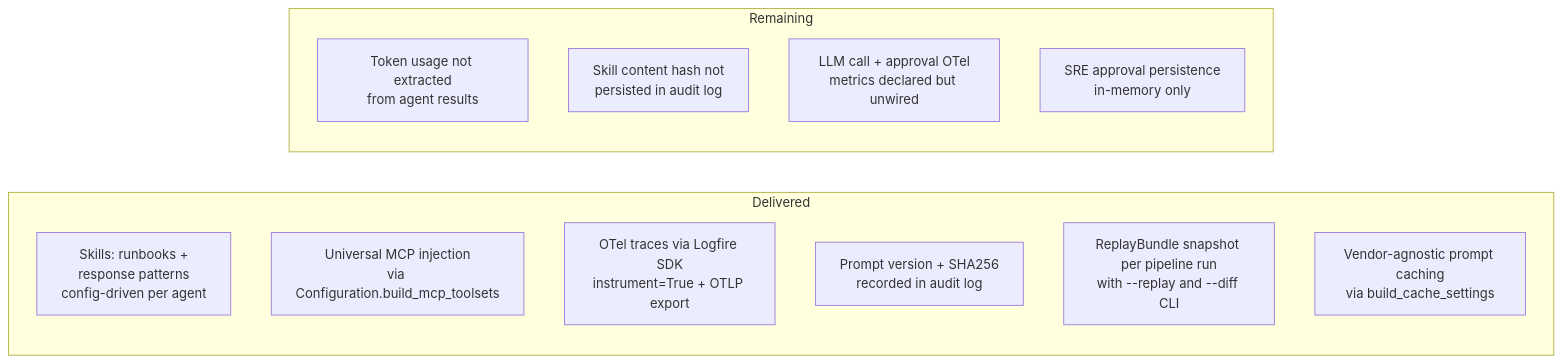
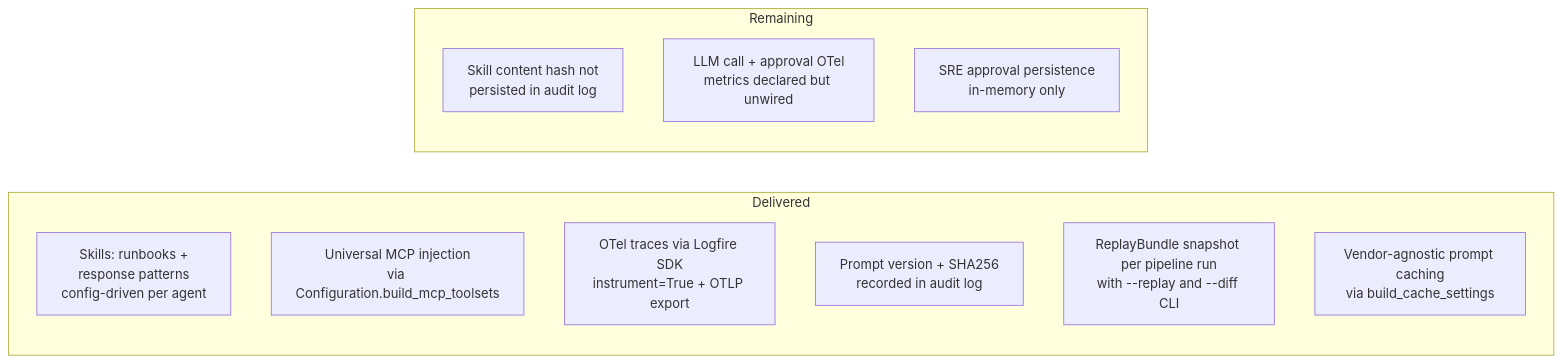
One commit to offtian/sentinel changed the diagram in docs/architecture.md. Above: the diagram before and after it, drawn with Mermaid. The commit also changed other lines of this file and 6 other files, not shown here.

````diff
--- a/docs/architecture.md
+++ b/docs/architecture.md
@@ -175,17 +175,16 @@
 ```mermaid
 flowchart LR
     subgraph Delivered
       B1[Skills: runbooks +<br/>response patterns<br/>config-driven per agent]
       B2[Universal MCP injection<br/>via Configuration.build_mcp_toolsets]
       B3[OTel traces via Logfire SDK<br/>instrument=True + OTLP export]
       B4[Prompt version + SHA256<br/>recorded in audit log]
       B5[ReplayBundle snapshot per pipeline run<br/>with --replay and --diff CLI]
       B6[Vendor-agnostic prompt caching<br/>via build_cache_settings]
     end
     subgraph Remaining
-      A1[Token usage not extracted<br/>from agent results]
       A2[Skill content hash not<br/>persisted in audit log]
       A3[LLM call + approval OTel<br/>metrics declared but unwired]
       A4[SRE approval persistence<br/>in-memory only]
     end
 ```
````
